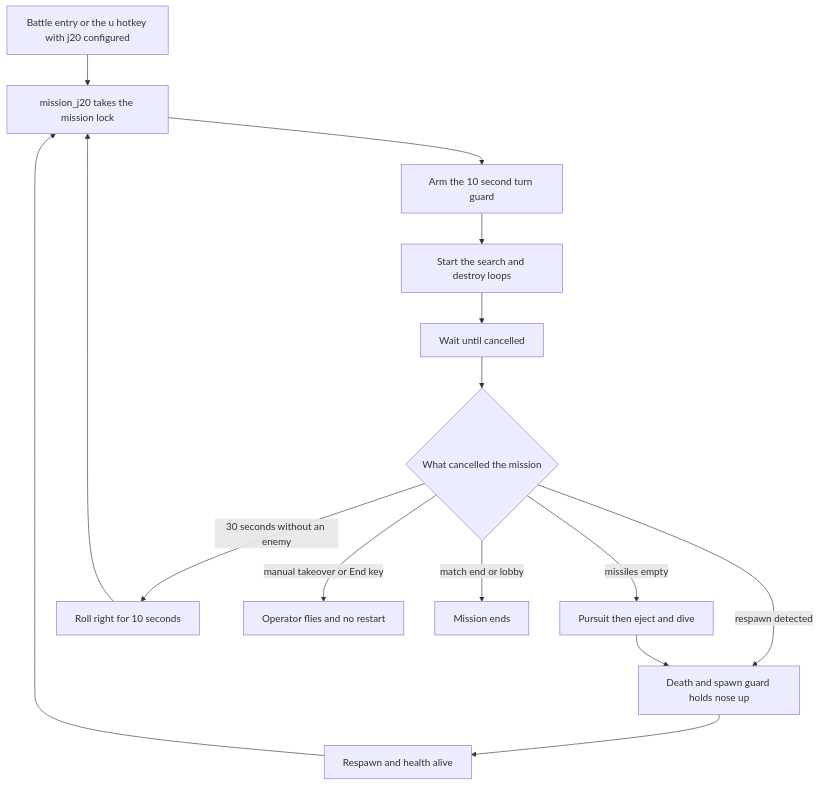
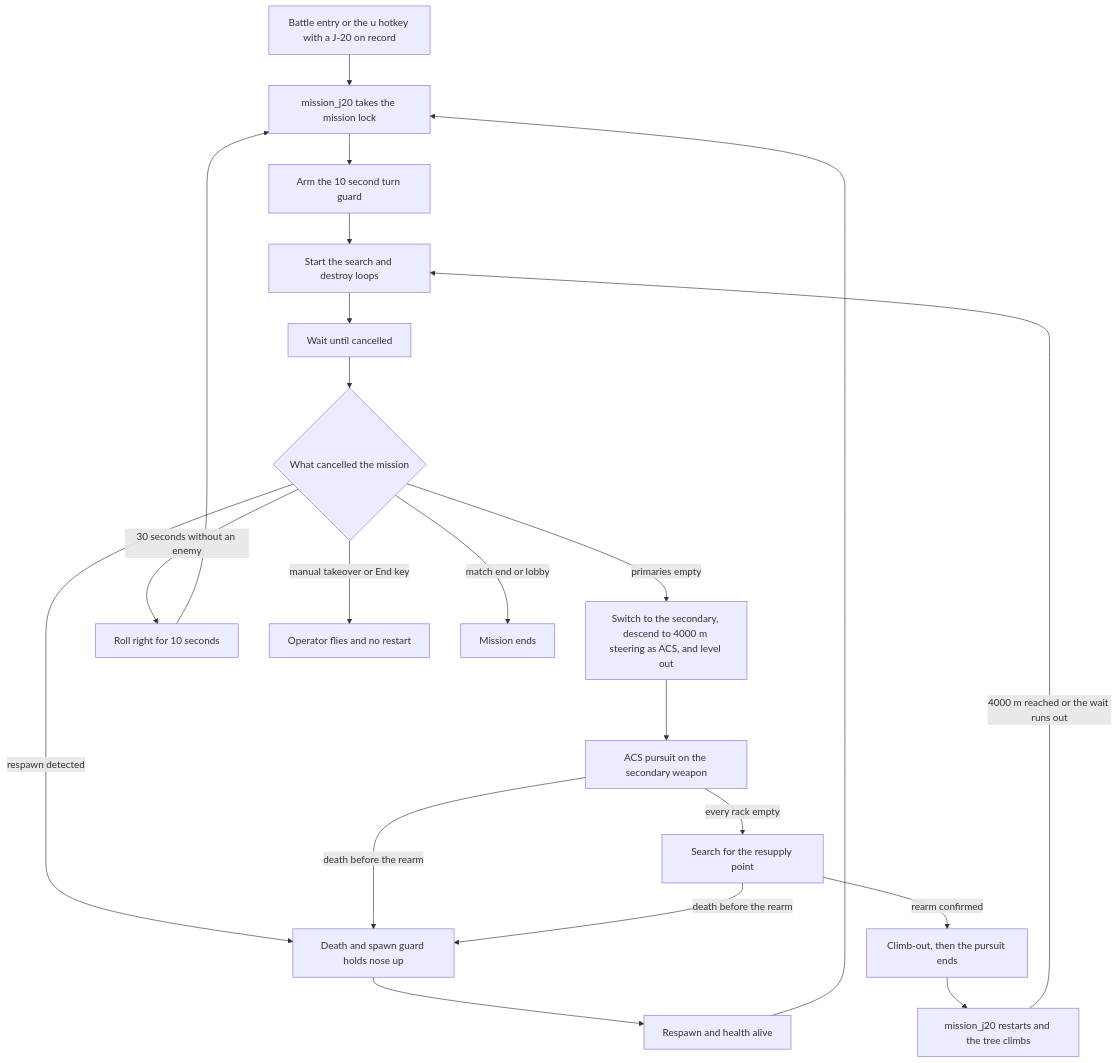
The diagram in docs/missions/j20.md (mhouse1/wingman), drawn with Mermaid before and after one commit. The commit also changed other lines of this file and 113 other files, not shown here.

````diff
--- a/docs/missions/j20.md
+++ b/docs/missions/j20.md
@@ -38,17 +50,23 @@
 ```mermaid
 flowchart TD
-    A[Battle entry or the u hotkey with j20 configured] --> M[mission_j20 takes the mission lock]
+    A[Battle entry or the u hotkey with a J-20 on record] --> M[mission_j20 takes the mission lock]
     R[Respawn and health alive] --> M
     M --> G[Arm the 10 second turn guard]
     G --> S[Start the search and destroy loops]
     S --> W[Wait until cancelled]
     W --> C{What cancelled the mission}
     C -->|respawn detected| D[Death and spawn guard holds nose up]
     D --> R
-    C -->|missiles empty| E[Pursuit then eject and dive]
-    E --> D
+    C -->|primaries empty| V[Switch to the secondary, descend to 4000 m steering as ACS, and level out]
+    V --> E[ACS pursuit on the secondary weapon]
+    E -->|every rack empty| P[Search for the resupply point]
+    P -->|rearm confirmed| B[Climb-out, then the pursuit ends]
+    B --> K[mission_j20 restarts and the tree climbs]
+    K -->|4000 m reached or the wait runs out| S
+    E -->|death before the rearm| D
+    P -->|death before the rearm| D
     C -->|30 seconds without an enemy| F[Roll right for 10 seconds]
     F --> M
     C -->|manual takeover or End key| H[Operator flies and no restart]
     C -->|match end or lobby| L[Mission ends]
 ```
````
